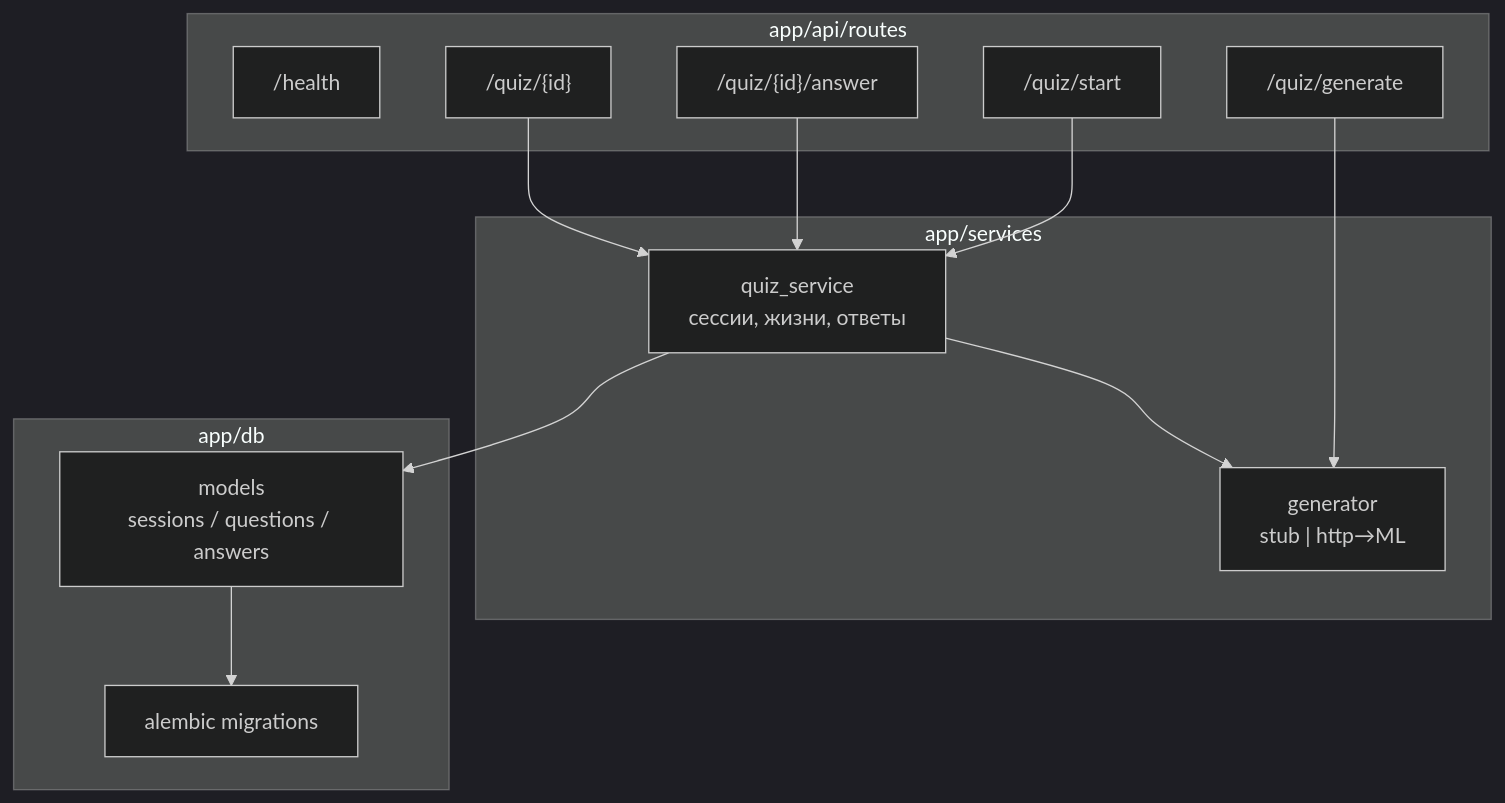
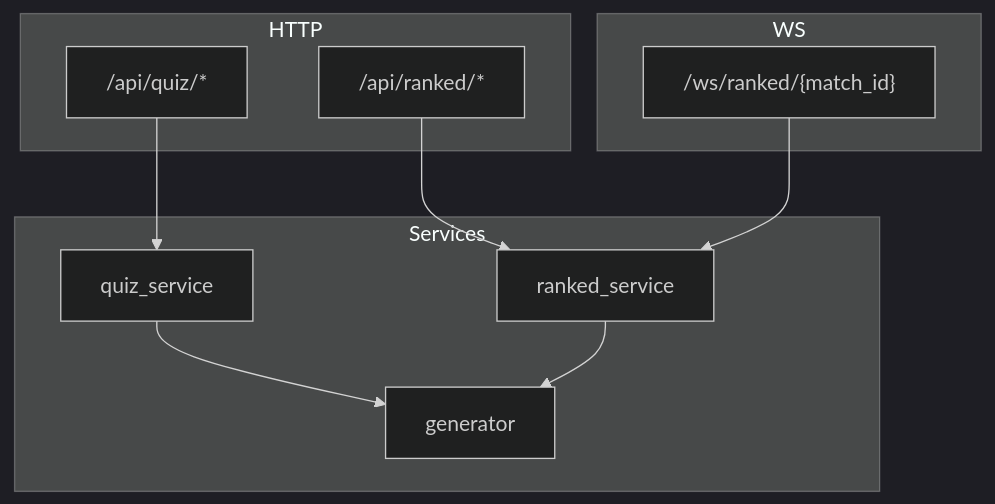
One commit to infinite-quiz/backend changed the fourth of 4 diagrams in README.md. Above: the diagram before and after it, drawn with Mermaid (dark theme). The commit also changed other lines of this file and 3 other files, not shown here.

````diff
--- a/README.md
+++ b/README.md
@@ -51,28 +53,20 @@
 ```mermaid
 flowchart TB
-  subgraph API["app/api/routes"]
-    H["/health"]
-    G["/quiz/generate"]
-    S["/quiz/start"]
-    A["/quiz/{id}/answer"]
-    Q["/quiz/{id}"]
+  subgraph HTTP
+    Q["/api/quiz/*"]
+    R["/api/ranked/*"]
   end
-
-  subgraph Services["app/services"]
-    QS["quiz_service<br/>сессии, жизни, ответы"]
-    GEN["generator<br/>stub | http→ML"]
+  subgraph WS
+    W["/ws/ranked/{match_id}"]
   end
-
-  subgraph Data["app/db"]
-    M["models<br/>sessions / questions / answers"]
-    AL["alembic migrations"]
+  subgraph Services
+    QS["quiz_service"]
+    RS["ranked_service"]
+    GEN["generator"]
   end
-
-  G --> GEN
-  S --> QS
-  A --> QS
   Q --> QS
+  R --> RS
+  W --> RS
   QS --> GEN
-  QS --> M
-  M --> AL
+  RS --> GEN
 ```
````
